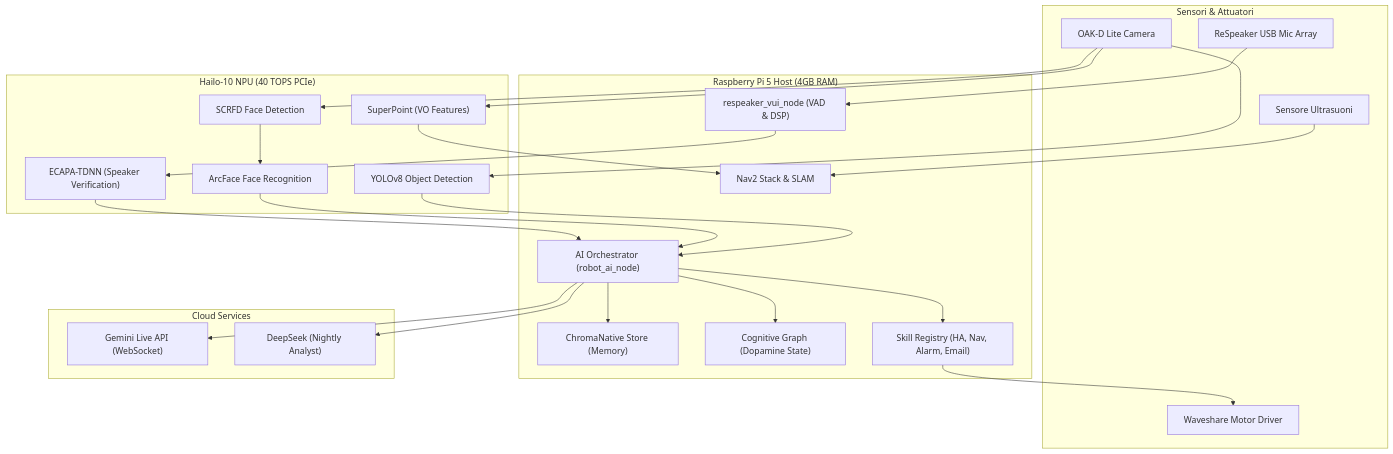
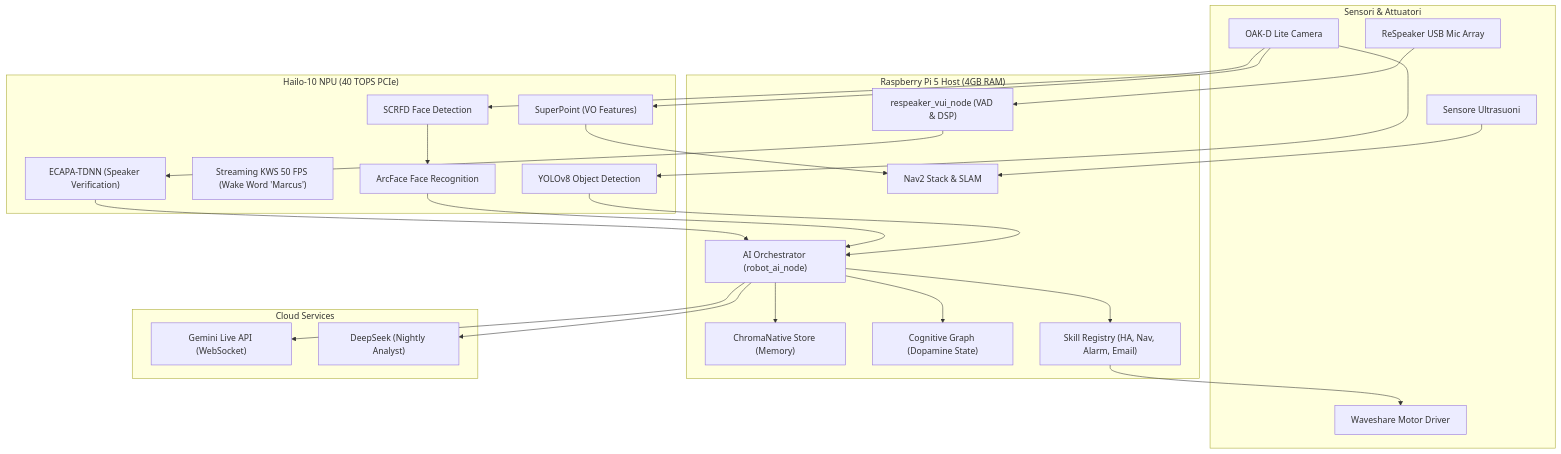
One commit to ermagoderlago/robopy_controller2 changed the diagram in marcus_robot_guide.md. Above: the diagram before and after it, drawn with Mermaid. The commit also changed 1 other file, not shown here.

Commit message:
docs: update audio VUI lessons learned and robot guide with Streaming KWS 50FPS & endurance test validation

````diff
--- a/marcus_robot_guide.md
+++ b/marcus_robot_guide.md
@@ -19,49 +19,50 @@
 ```mermaid
 graph TB
     subgraph "Sensori & Attuatori"
         CAM["OAK-D Lite Camera"]
         MIC["ReSpeaker USB Mic Array"]
         MOT["Waveshare Motor Driver"]
         US["Sensore Ultrasuoni"]
     end
 
     subgraph "Raspberry Pi 5 Host (4GB RAM)"
         NAV["Nav2 Stack & SLAM"]
         VUI["respeaker_vui_node (VAD & DSP)"]
         ORCH["AI Orchestrator (robot_ai_node)"]
         RAG["ChromaNative Store (Memory)"]
         GRAPH["Cognitive Graph (Dopamine State)"]
         SKILL["Skill Registry (HA, Nav, Alarm, Email)"]
     end
 
     subgraph "Hailo-10 NPU (40 TOPS PCIe)"
         YOLO["YOLOv8 Object Detection"]
         SP["SuperPoint (VO Features)"]
+        KWS["Streaming KWS 50 FPS (Wake Word 'Marcus')"]
         SCRFD["SCRFD Face Detection"]
         ARCF["ArcFace Face Recognition"]
         ECAPA["ECAPA-TDNN (Speaker Verification)"]
     end
 
     subgraph "Cloud Services"
         GEMINI["Gemini Live API (WebSocket)"]
         DEEP["DeepSeek (Nightly Analyst)"]
     end
 
     CAM --> SP
     CAM --> YOLO
     CAM --> SCRFD
     SCRFD --> ARCF
     MIC --> VUI
     VUI --> ECAPA
     ECAPA --> ORCH
     ARCF --> ORCH
     YOLO --> ORCH
     SP --> NAV
     ORCH --> RAG
     ORCH --> GRAPH
     ORCH --> SKILL
     SKILL --> MOT
     ORCH --> GEMINI
     ORCH --> DEEP
     US --> NAV
 ```
````
